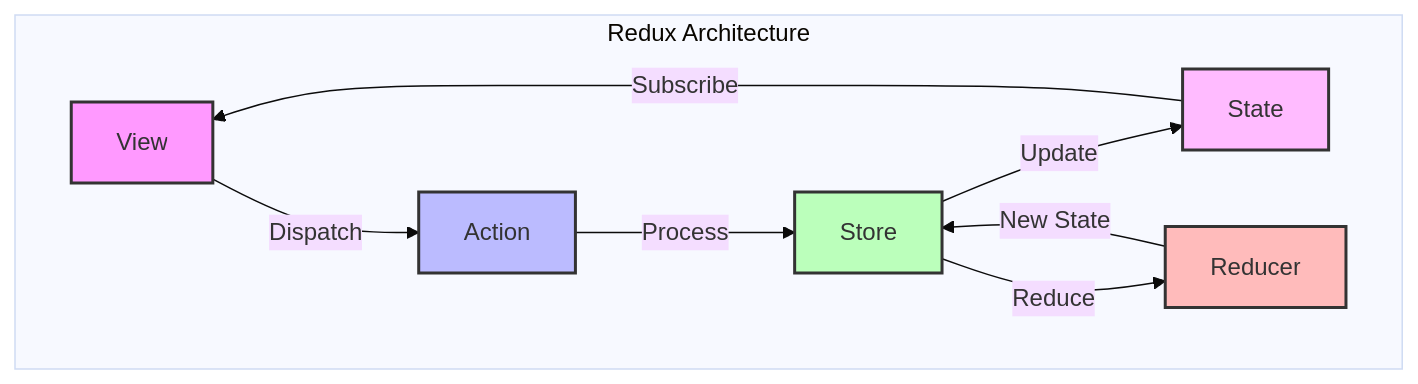
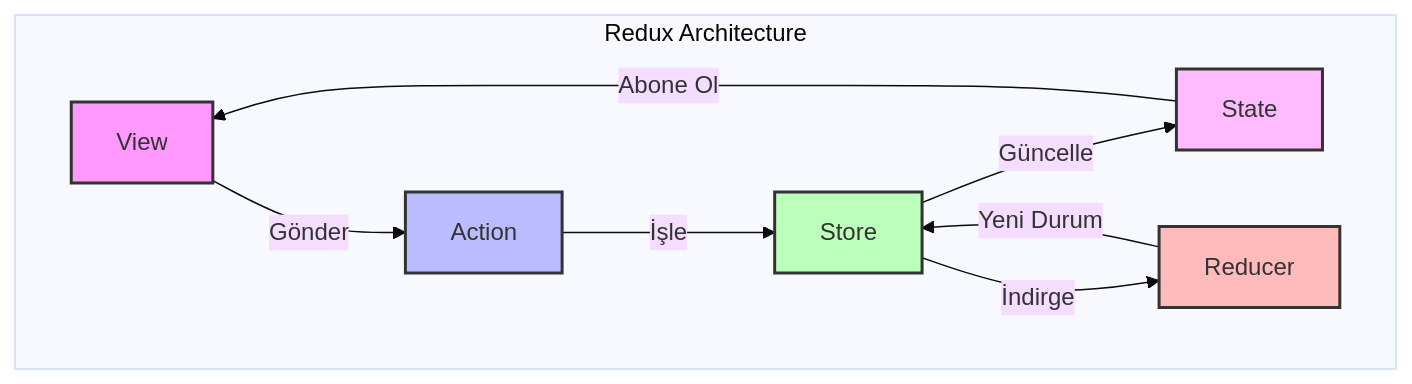
Before and after one commit to endmr11/system_design: the third of 3 diagrams in mobile/architecture/state-management.md, drawn with Mermaid (base theme). The commit also changed other lines of this file, not shown here.

````diff
--- a/mobile/architecture/state-management.md
+++ b/mobile/architecture/state-management.md
@@ -201,23 +201,23 @@
 ```mermaid
 graph TD
     subgraph Redux Architecture
         View[View]
         Action[Action]
         Store[Store]
         Reducer[Reducer]
         State[State]
         
-        View -->|Dispatch| Action
-        Action -->|Process| Store
-        Store -->|Update| State
-        State -->|Subscribe| View
-        Store -->|Reduce| Reducer
-        Reducer -->|New State| Store
+        View -->|Gönder| Action
+        Action -->|İşle| Store
+        Store -->|Güncelle| State
+        State -->|Abone Ol| View
+        Store -->|İndirge| Reducer
+        Reducer -->|Yeni Durum| Store
         
         style View fill:#f9f,stroke:#333,stroke-width:2px
         style Action fill:#bbf,stroke:#333,stroke-width:2px
         style Store fill:#bfb,stroke:#333,stroke-width:2px
         style Reducer fill:#fbb,stroke:#333,stroke-width:2px
         style State fill:#fbf,stroke:#333,stroke-width:2px
     end
 ```
````
